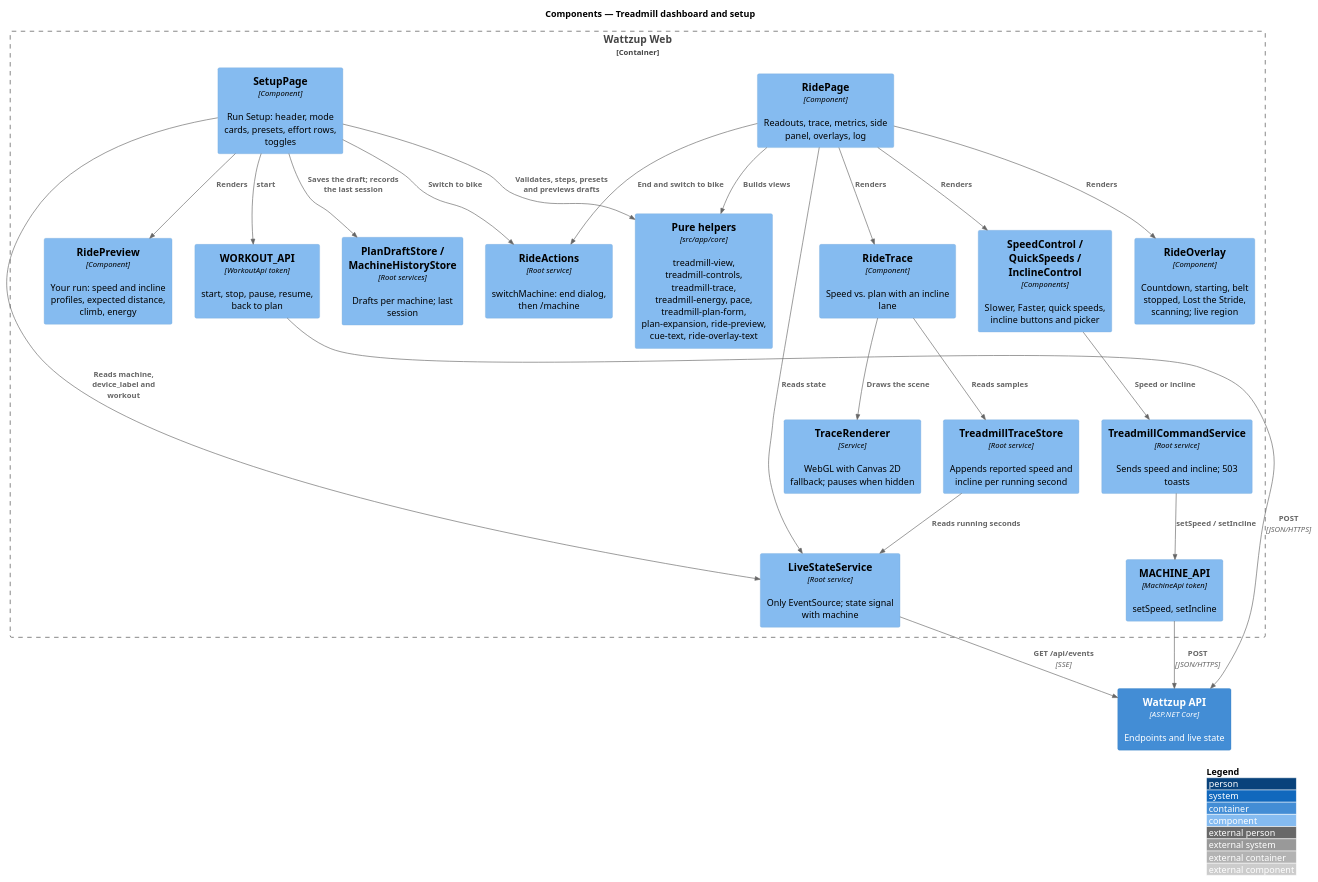
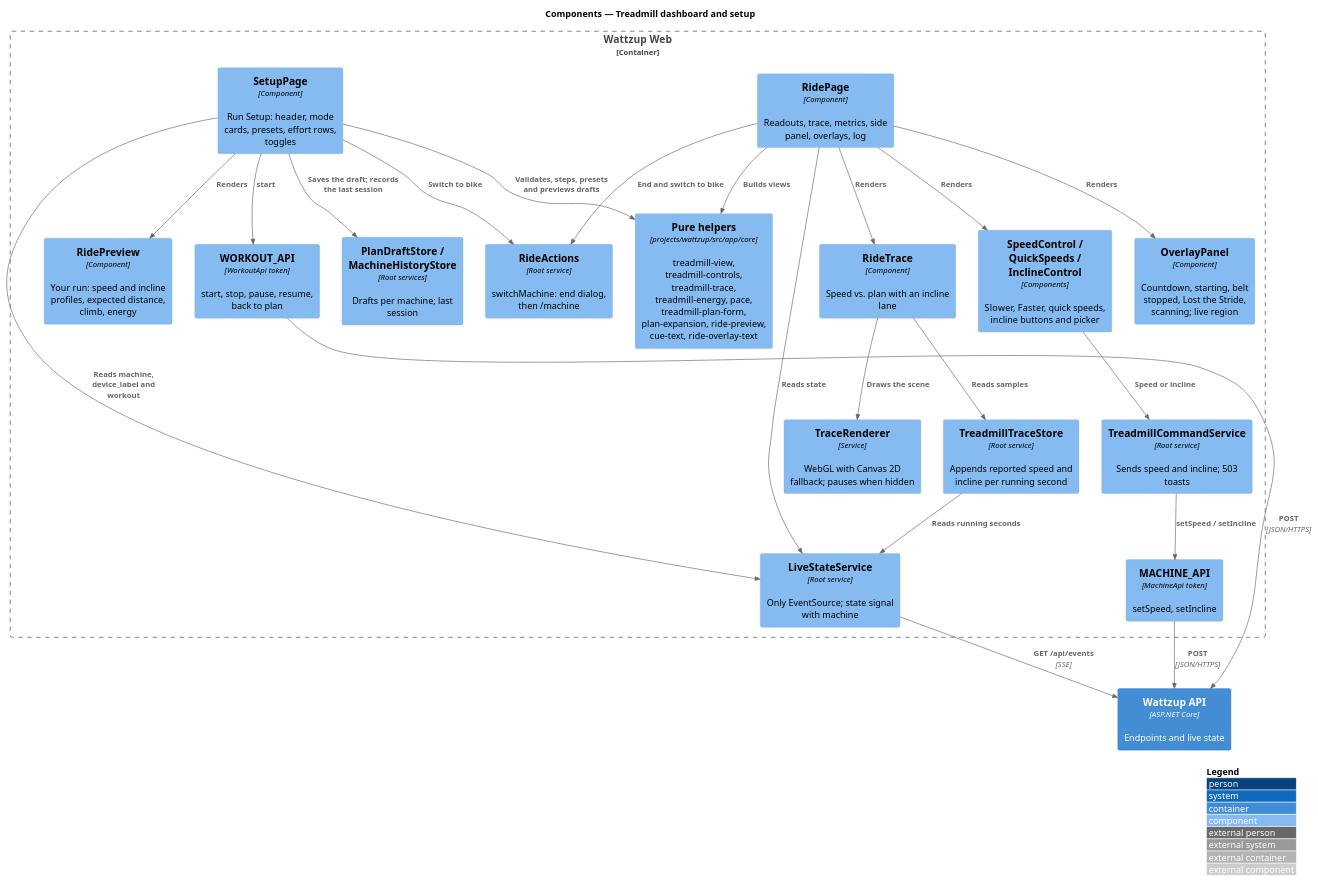
The diagram in docs/detailed-designs/treadmill/treadmill-dashboard-and-setup/diagrams/c4-component.puml (QuinntyneBrown/ride-one), drawn with PlantUML before and after one commit. The commit also changed 65 other files, not shown here.

```diff
--- a/docs/detailed-designs/treadmill/treadmill-dashboard-and-setup/diagrams/c4-component.puml
+++ b/docs/detailed-designs/treadmill/treadmill-dashboard-and-setup/diagrams/c4-component.puml
@@ -1,45 +1,45 @@
 @startuml
 !include <C4/C4_Component>
 LAYOUT_WITH_LEGEND()
 title Components — Treadmill dashboard and setup
 
 Container_Boundary(web, "Wattzup Web") {
   Component(live, "LiveStateService", "Root service", "Only EventSource; state signal with machine")
   Component(ride, "RidePage", "Component", "Readouts, trace, metrics, side panel, overlays, log")
   Component(controls, "SpeedControl / QuickSpeeds / InclineControl", "Components", "Slower, Faster, quick speeds, incline buttons and picker")
   Component(trace, "RideTrace", "Component", "Speed vs. plan with an incline lane")
   Component(renderer, "TraceRenderer", "Service", "WebGL with Canvas 2D fallback; pauses when hidden")
   Component(traceStore, "TreadmillTraceStore", "Root service", "Appends reported speed and incline per running second")
-  Component(overlay, "RideOverlay", "Component", "Countdown, starting, belt stopped, Lost the Stride, scanning; live region")
+  Component(overlay, "OverlayPanel", "Component", "Countdown, starting, belt stopped, Lost the Stride, scanning; live region")
   Component(setup, "SetupPage", "Component", "Run Setup: header, mode cards, presets, effort rows, toggles")
   Component(preview, "RidePreview", "Component", "Your run: speed and incline profiles, expected distance, climb, energy")
-  Component(helpers, "Pure helpers", "src/app/core", "treadmill-view, treadmill-controls, treadmill-trace, treadmill-energy, pace, treadmill-plan-form, plan-expansion, ride-preview, cue-text, ride-overlay-text")
+  Component(helpers, "Pure helpers", "projects/wattzup/src/app/core", "treadmill-view, treadmill-controls, treadmill-trace, treadmill-energy, pace, treadmill-plan-form, plan-expansion, ride-preview, cue-text, ride-overlay-text")
   Component(cmds, "TreadmillCommandService", "Root service", "Sends speed and incline; 503 toasts")
   Component(stores, "PlanDraftStore / MachineHistoryStore", "Root services", "Drafts per machine; last session")
   Component(actions, "RideActions", "Root service", "switchMachine: end dialog, then /machine")
   Component(machineApi, "MACHINE_API", "MachineApi token", "setSpeed, setIncline")
   Component(workoutApi, "WORKOUT_API", "WorkoutApi token", "start, stop, pause, resume, back to plan")
 }
 Container(api, "Wattzup API", "ASP.NET Core", "Endpoints and live state")
 
 Rel(ride, live, "Reads state")
 Rel(setup, live, "Reads machine, device_label and workout")
 Rel(ride, helpers, "Builds views")
 Rel(setup, helpers, "Validates, steps, presets and previews drafts")
 Rel(ride, controls, "Renders")
 Rel(ride, trace, "Renders")
 Rel(trace, traceStore, "Reads samples")
 Rel(traceStore, live, "Reads running seconds")
 Rel(trace, renderer, "Draws the scene")
 Rel(ride, overlay, "Renders")
 Rel(setup, preview, "Renders")
 Rel(setup, stores, "Saves the draft; records the last session")
 Rel(ride, actions, "End and switch to bike")
 Rel(setup, actions, "Switch to bike")
 Rel(controls, cmds, "Speed or incline")
 Rel(cmds, machineApi, "setSpeed / setIncline")
 Rel(setup, workoutApi, "start")
 Rel(machineApi, api, "POST", "JSON/HTTPS")
 Rel(workoutApi, api, "POST", "JSON/HTTPS")
 Rel(live, api, "GET /api/events", "SSE")
 @enduml
```
